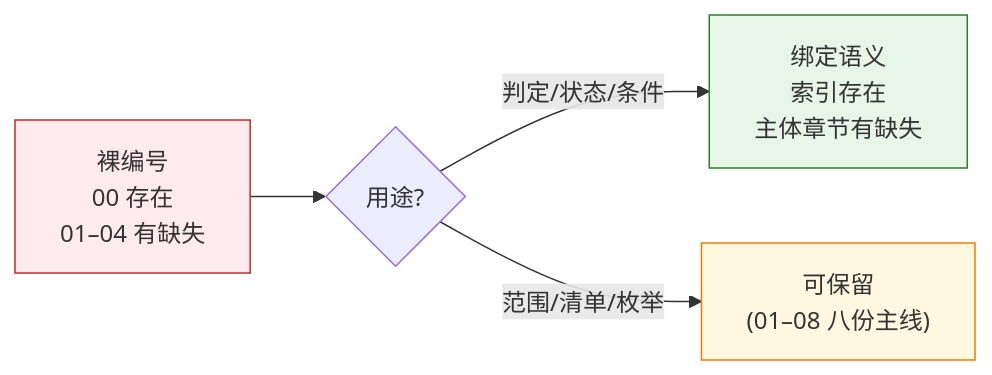
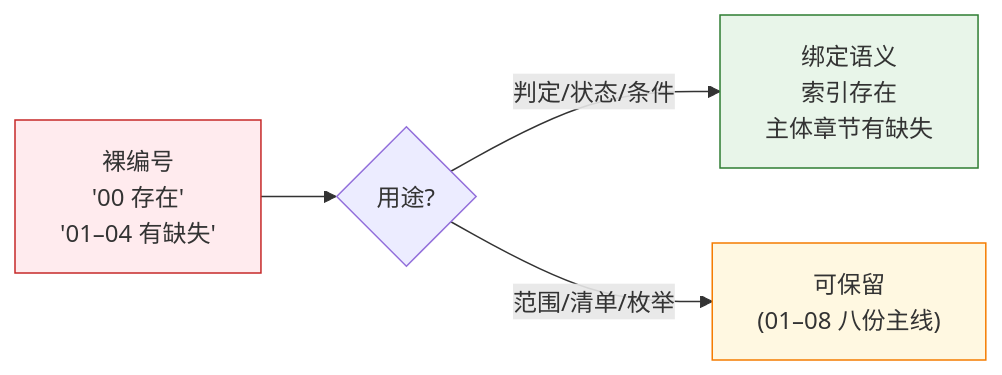
The diagram in rules/no-magic-number.md (effiy/YrY), drawn with Mermaid before and after one commit. The commit also changed other lines of this file and 15 other files, not shown here.

````diff
--- a/rules/no-magic-number.md
+++ b/rules/no-magic-number.md
@@ -12,9 +12,9 @@
 ```mermaid
 flowchart LR
-    Raw["裸编号<br/>00 存在<br/>01–04 有缺失"]:::bad --> Check{用途?}
+    Raw["裸编号<br/>'00 存在'<br/>'01–04 有缺失'"]:::bad --> Check{用途?}
     Check -->|判定/状态/条件| Sem["绑定语义<br/>索引存在<br/>主体章节有缺失"]:::good
     Check -->|范围/清单/枚举| Keep["可保留<br/>(01–08 八份主线)"]:::keep
     classDef bad fill:#ffebee,stroke:#c62828;
     classDef good fill:#e8f5e9,stroke:#2e7d32;
     classDef keep fill:#fff8e1,stroke:#f57c00;
 ```
````
